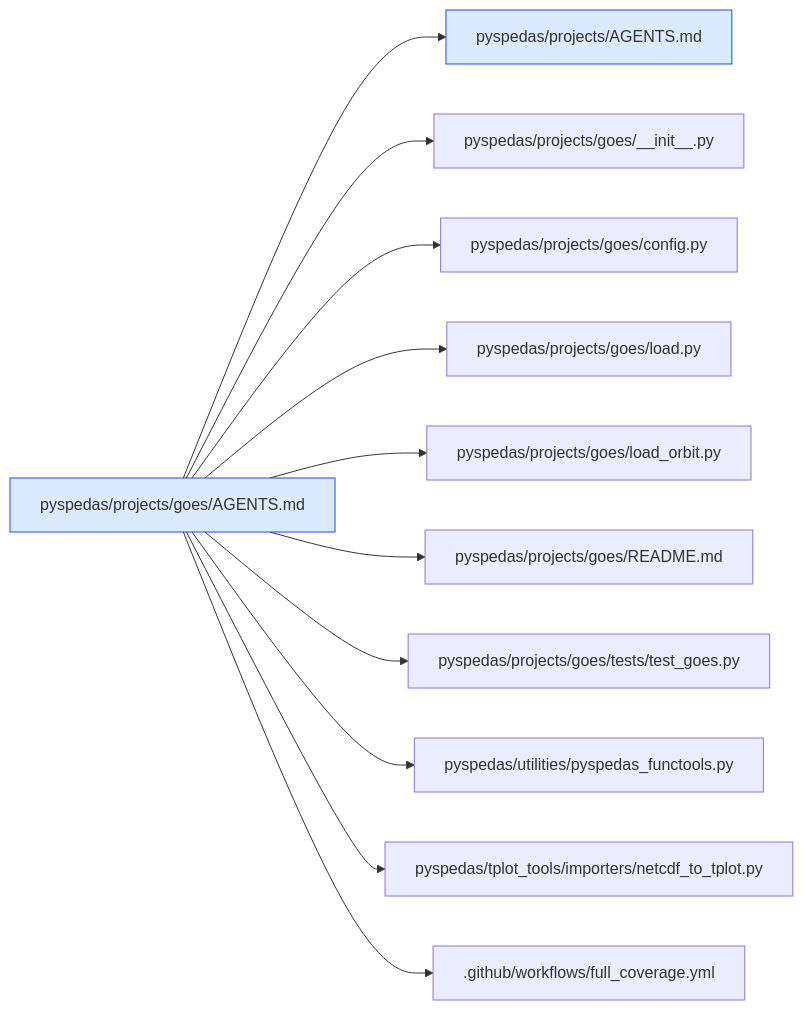
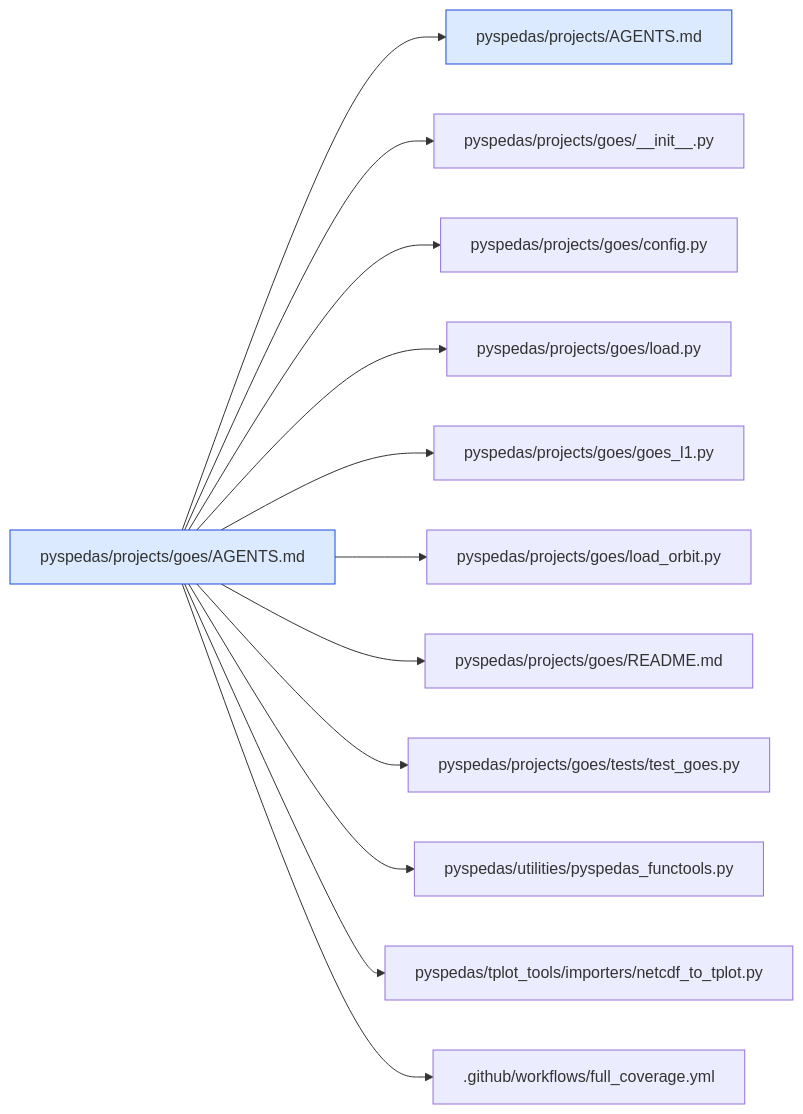
Before and after one commit to spedas/pyspedas: diagram 19 of 43 in .agents/map/MAP.md, drawn with Mermaid. The commit also changed other lines of this file and 21 other files, not shown here.

````diff
--- a/.agents/map/MAP.md
+++ b/.agents/map/MAP.md
@@ -807,16 +806,17 @@
 ```mermaid
 graph LR
   classDef agents fill:#dbeafe,stroke:#1d4ed8
   classDef missing fill:#fee2e2,stroke:#b91c1c,stroke-dasharray:4
   self["pyspedas/projects/goes/AGENTS.md"]:::agents
   self --> r0["pyspedas/projects/AGENTS.md"]:::agents
   self --> r1["pyspedas/projects/goes/__init__.py"]
   self --> r2["pyspedas/projects/goes/config.py"]
   self --> r3["pyspedas/projects/goes/load.py"]
-  self --> r4["pyspedas/projects/goes/load_orbit.py"]
-  self --> r5["pyspedas/projects/goes/README.md"]
-  self --> r6["pyspedas/projects/goes/tests/test_goes.py"]
-  self --> r7["pyspedas/utilities/pyspedas_functools.py"]
-  self --> r8["pyspedas/tplot_tools/importers/netcdf_to_tplot.py"]
-  self --> r9[".github/workflows/full_coverage.yml"]
+  self --> r4["pyspedas/projects/goes/goes_l1.py"]
+  self --> r5["pyspedas/projects/goes/load_orbit.py"]
+  self --> r6["pyspedas/projects/goes/README.md"]
+  self --> r7["pyspedas/projects/goes/tests/test_goes.py"]
+  self --> r8["pyspedas/utilities/pyspedas_functools.py"]
+  self --> r9["pyspedas/tplot_tools/importers/netcdf_to_tplot.py"]
+  self --> r10[".github/workflows/full_coverage.yml"]
 ```
````
